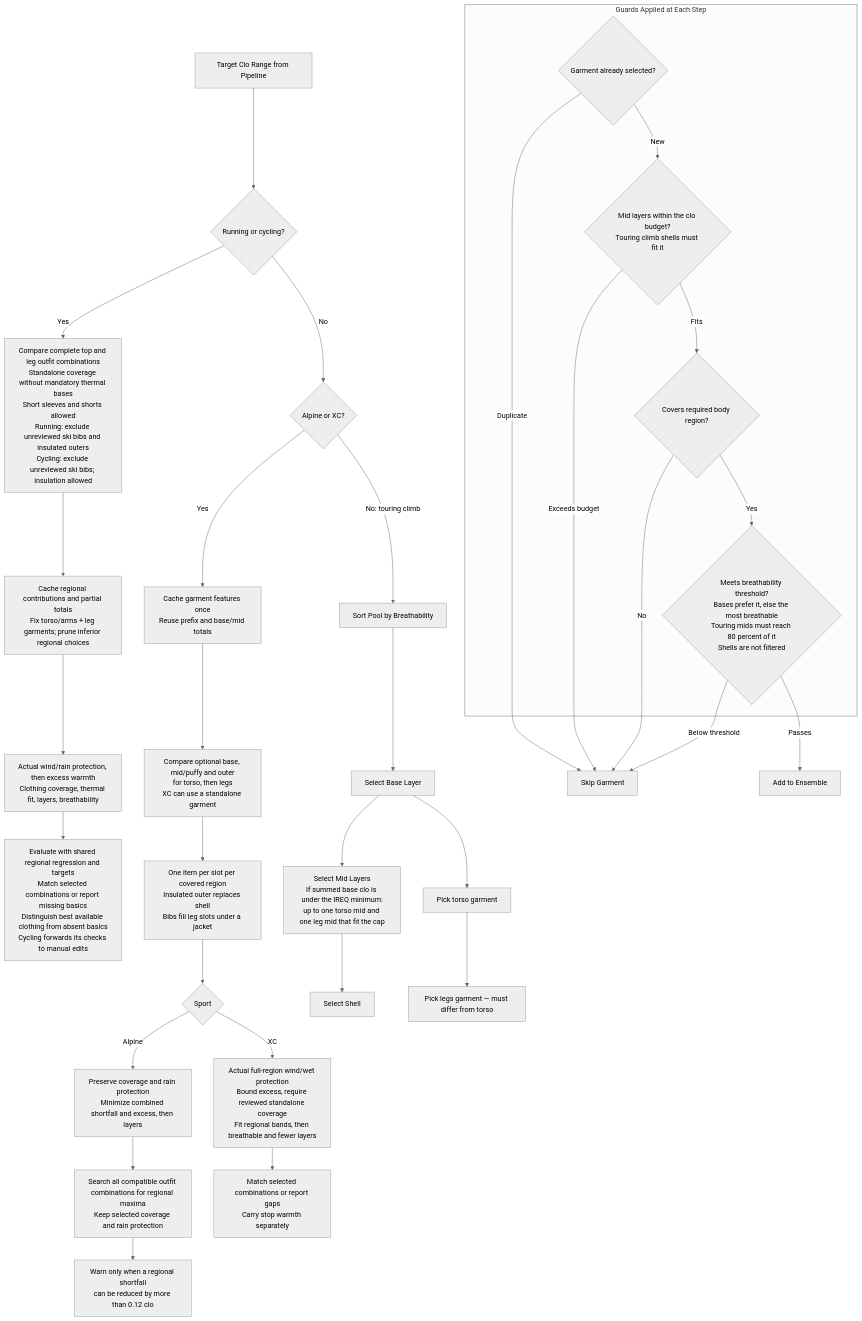
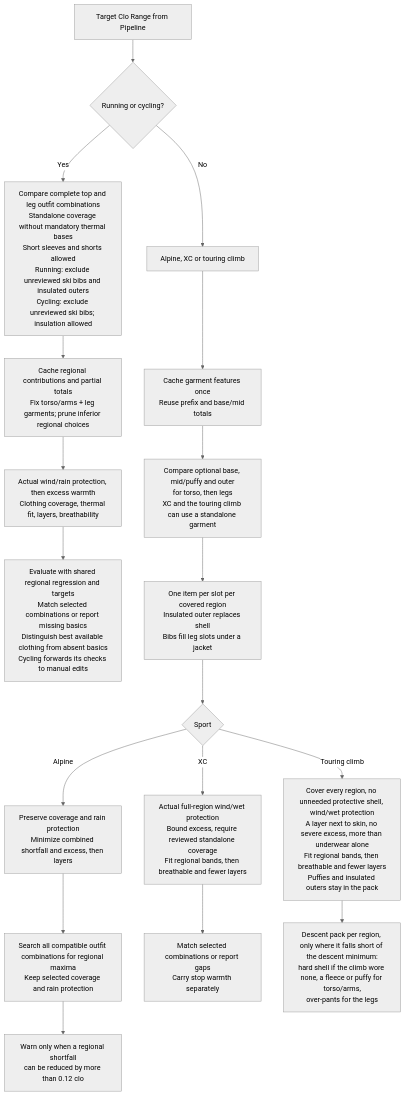
The third of 7 diagrams in README.md (derobertsw/swttr), drawn with Mermaid (neutral theme) before and after one commit. The commit also changed other lines of this file and 13 other files, not shown here.

First line of the commit message:
Fit the touring climb per region and pack a descent leg layer (#372) (#394)

````diff
--- a/README.md
+++ b/README.md
@@ -146,41 +146,20 @@
 ```mermaid
 graph TD
     START[Target Clo Range from Pipeline] --> RUNNING{Running or cycling?}
     RUNNING -->|Yes| RUNOPT[Compare complete top and leg outfit combinations<br/>Standalone coverage without mandatory thermal bases<br/>Short sleeves and shorts allowed<br/>Running: exclude unreviewed ski bibs and insulated outers<br/>Cycling: exclude unreviewed ski bibs; insulation allowed]
     RUNOPT --> RCACHE[Cache regional contributions and partial totals<br/>Fix torso/arms + leg garments; prune inferior regional choices]
     RCACHE --> RUNRANK[Actual wind/rain protection, then excess warmth<br/>Clothing coverage, thermal fit, layers, breathability]
     RUNRANK --> RUNREQ[Evaluate with shared regional regression and targets<br/>Match selected combinations or report missing basics<br/>Distinguish best available clothing from absent basics<br/>Cycling forwards its checks to manual edits]
-    RUNNING -->|No| SPORT{Alpine or XC?}
-    SPORT -->|Yes| CACHE[Cache garment features once<br/>Reuse prefix and base/mid totals]
-    CACHE --> COMB[Compare optional base, mid/puffy and outer<br/>for torso, then legs<br/>XC can use a standalone garment]
+    RUNNING -->|No| SPORT[Alpine, XC or touring climb]
+    SPORT --> CACHE[Cache garment features once<br/>Reuse prefix and base/mid totals]
+    CACHE --> COMB[Compare optional base, mid/puffy and outer<br/>for torso, then legs<br/>XC and the touring climb can use a standalone garment]
     COMB --> CAP[One item per slot per covered region<br/>Insulated outer replaces shell<br/>Bibs fill leg slots under a jacket]
     CAP --> RANK{Sport}
     RANK -->|Alpine| REG[Preserve coverage and rain protection<br/>Minimize combined shortfall and excess, then layers]
     REG --> WARM[Search all compatible outfit combinations for regional maxima<br/>Keep selected coverage and rain protection]
     WARM --> WARN[Warn only when a regional shortfall<br/>can be reduced by more than 0.12 clo]
     RANK -->|XC| XREG[Actual full-region wind/wet protection<br/>Bound excess, require reviewed standalone coverage<br/>Fit regional bands, then breathable and fewer layers]
     XREG --> XREQ[Match selected combinations or report gaps<br/>Carry stop warmth separately]
-    SPORT -->|No: touring climb| SORT[Sort Pool by Breathability]
-    SORT --> BASE[Select Base Layer]
-    BASE --> MID[Select Mid Layers<br/>If summed base clo is under the IREQ minimum:<br/>up to one torso mid and one leg mid that fit the cap]
-    MID --> SHELL[Select Shell]
-
-    BASE --> T1[Pick torso garment]
-    T1 --> L1[Pick legs garment — must differ from torso]
-
-    subgraph "Guards Applied at Each Step"
-        G1{Garment already selected?}
-        G2{Mid layers within the clo budget?<br/>Touring climb shells must fit it}
-        G3{Covers required body region?}
-        G4{Meets breathability threshold?<br/>Bases prefer it, else the most breathable<br/>Touring mids must reach 80 percent of it<br/>Shells are not filtered}
-    end
-
-    G1 -->|Duplicate| SKIP[Skip Garment]
-    G1 -->|New| G2
-    G2 -->|Exceeds budget| SKIP
-    G2 -->|Fits| G3
-    G3 -->|No| SKIP
-    G3 -->|Yes| G4
-    G4 -->|Below threshold| SKIP
-    G4 -->|Passes| ADD[Add to Ensemble]
+    RANK -->|Touring climb| TREG[Cover every region, no unneeded protective shell, wind/wet protection<br/>A layer next to skin, no severe excess, more than underwear alone<br/>Fit regional bands, then breathable and fewer layers<br/>Puffies and insulated outers stay in the pack]
+    TREG --> TPACK[Descent pack per region, only where it falls short of the descent minimum:<br/>hard shell if the climb wore none, a fleece or puffy for torso/arms,<br/>over-pants for the legs]
 ```
````
